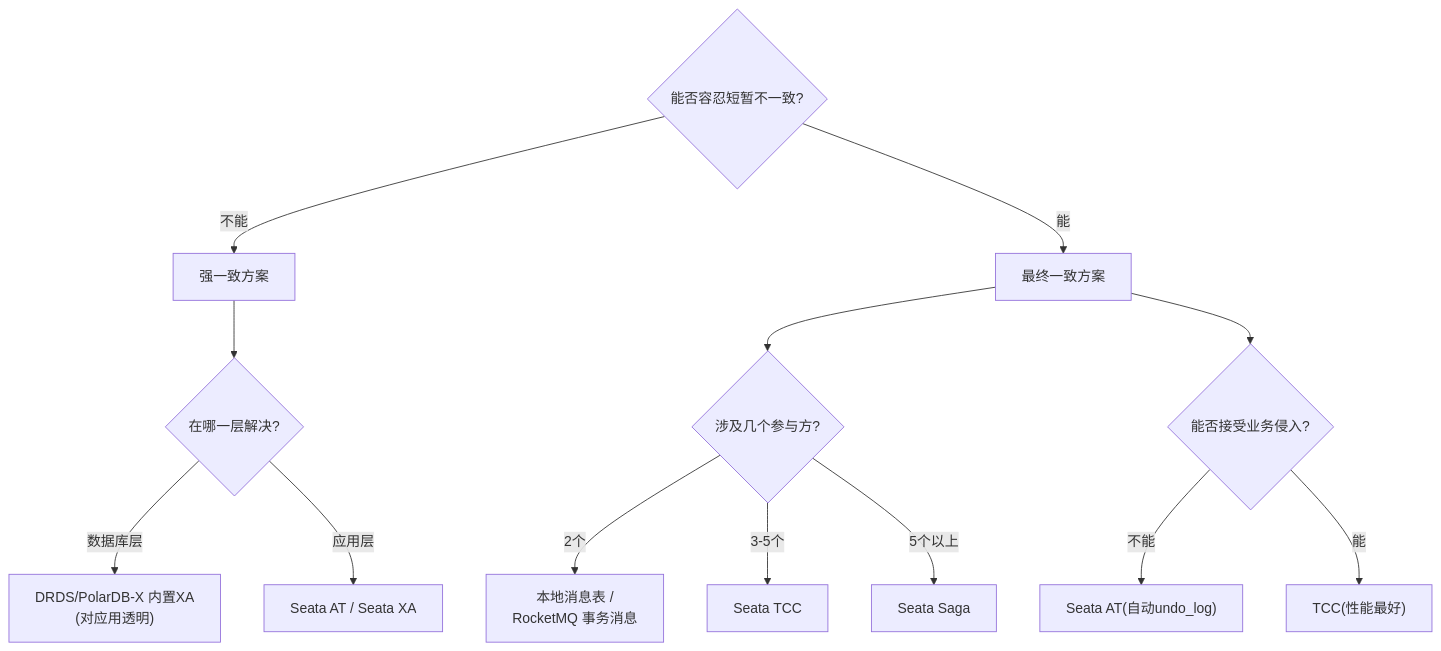
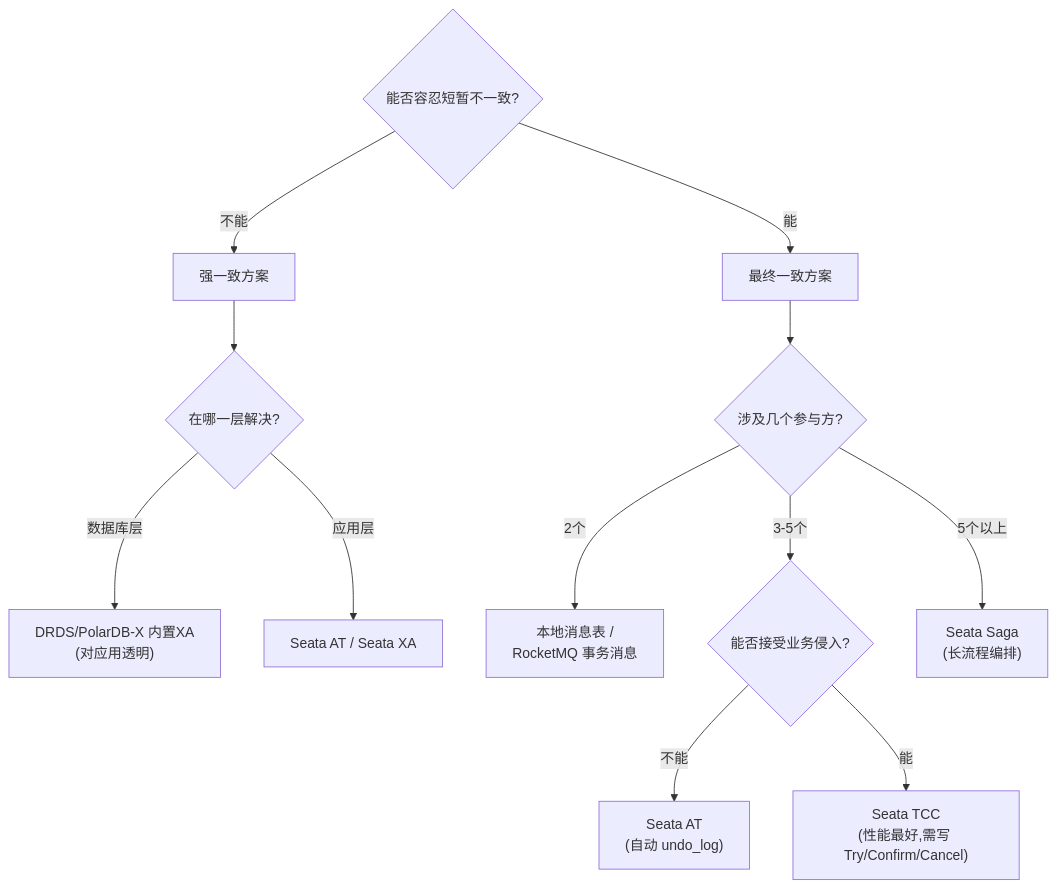
The sixth of 6 diagrams in kb/技术/Java/distributed-transaction.md (reallyhwc/ans-ai-auto-notes), drawn with Mermaid before and after one commit. The commit also changed other lines of this file and 4 other files, not shown here.

````diff
--- a/kb/技术/Java/distributed-transaction.md
+++ b/kb/技术/Java/distributed-transaction.md
@@ -407,19 +407,18 @@
 ```mermaid
 graph TD
     Q1{能否容忍短暂不一致?}
     Q1 -->|不能| Strong[强一致方案]
     Q1 -->|能| Eventually[最终一致方案]
 
     Strong --> S1{在哪一层解决?}
     S1 -->|数据库层| DRDS["DRDS/PolarDB-X 内置XA<br/>(对应用透明)"]
     S1 -->|应用层| SeataAT["Seata AT / Seata XA"]
 
     Eventually --> Q2{涉及几个参与方?}
     Q2 -->|2个| MsgTable["本地消息表 /<br/>RocketMQ 事务消息"]
-    Q2 -->|3-5个| TCC["Seata TCC"]
-    Q2 -->|5个以上| Saga["Seata Saga"]
+    Q2 -->|3-5个| Q3{能否接受业务侵入?}
+    Q2 -->|5个以上| Saga["Seata Saga<br/>(长流程编排)"]
 
-    Eventually --> Q3{能否接受业务侵入?}
-    Q3 -->|不能| SeataAT2["Seata AT(自动undo_log)"]
-    Q3 -->|能| TCC2["TCC(性能最好)"]
+    Q3 -->|不能| SeataATe["Seata AT<br/>(自动 undo_log)"]
+    Q3 -->|能| TCC["Seata TCC<br/>(性能最好,需写 Try/Confirm/Cancel)"]
 ```
````
